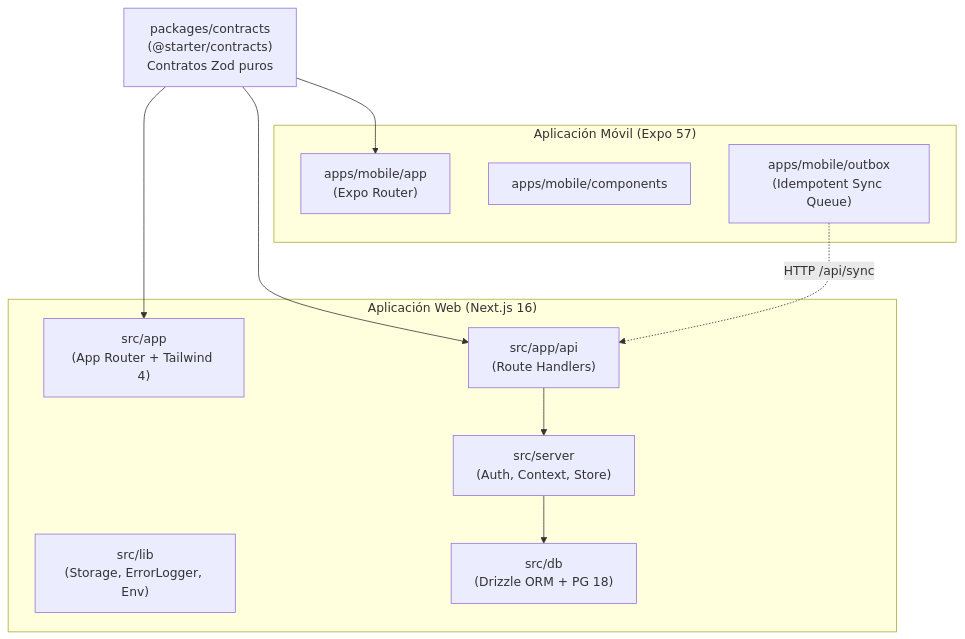
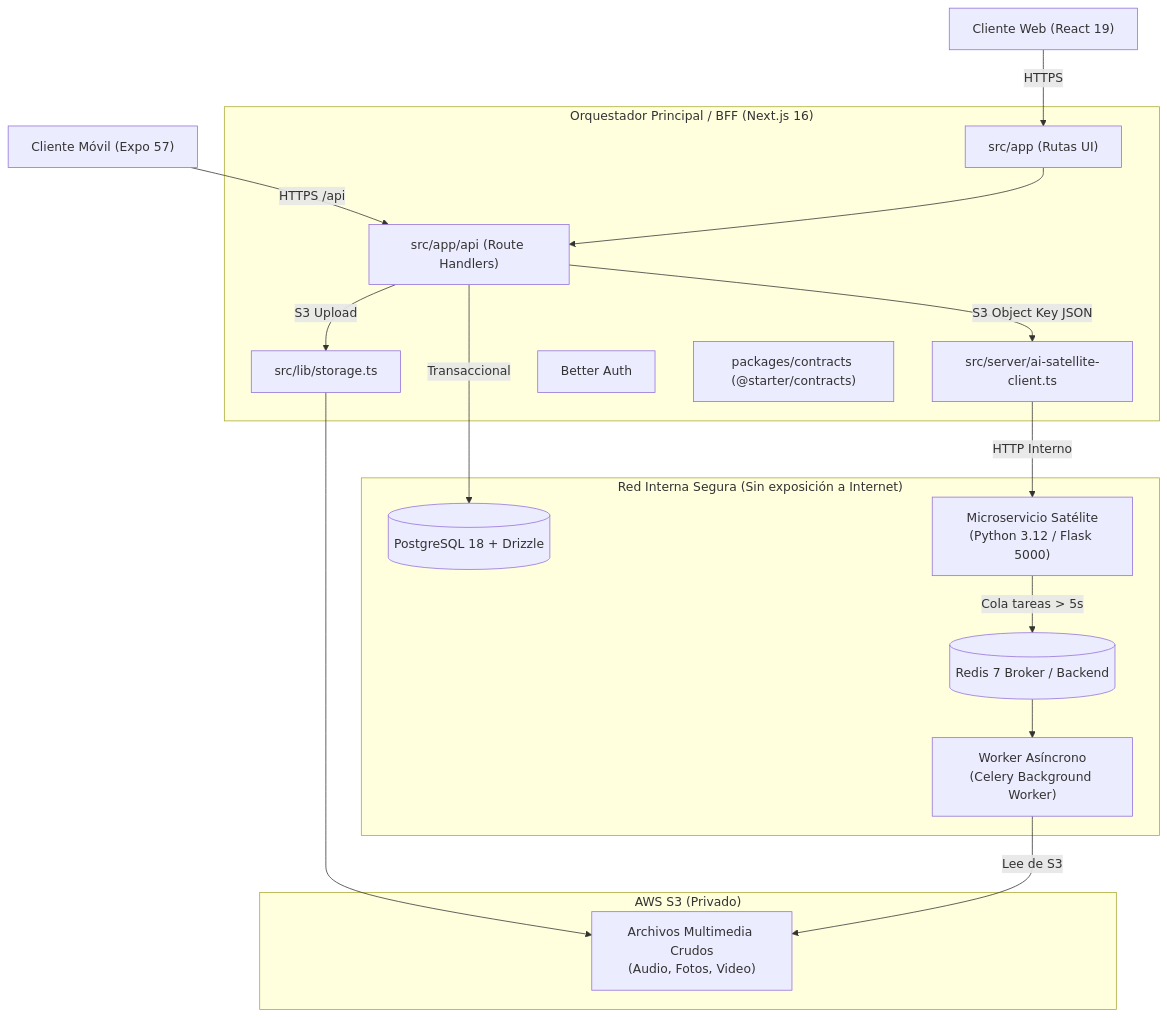
The diagram in ARCHITECTURE.md (miguelms/GoldenStarterCodex), drawn with Mermaid before and after one commit. The commit also changed other lines of this file and 11 other files, not shown here.

Commit message:
feat(bff): integrate Backend for Frontend pattern with Python/Flask AI satellite, Celery and Redis

````diff
--- a/ARCHITECTURE.md
+++ b/ARCHITECTURE.md
@@ -7,25 +9,37 @@
 ```mermaid
 graph TD
-    Contracts["packages/contracts\n(@starter/contracts)\nContratos Zod puros"]
+    ClientWeb["Cliente Web (React 19)"]
+    ClientMobile["Cliente Móvil (Expo 57)"]
     
-    subgraph Web ["Aplicación Web (Next.js 16)"]
-        UI["src/app\n(App Router + Tailwind 4)"]
-        API["src/app/api\n(Route Handlers)"]
-        ServerCore["src/server\n(Auth, Context, Store)"]
-        Lib["src/lib\n(Storage, ErrorLogger, Env)"]
-        DB["src/db\n(Drizzle ORM + PG 18)"]
-    end
-    
-    subgraph Mobile ["Aplicación Móvil (Expo 57)"]
-        Screens["apps/mobile/app\n(Expo Router)"]
-        Components["apps/mobile/components"]
-        Outbox["apps/mobile/outbox\n(Idempotent Sync Queue)"]
+    subgraph S3Bucket ["AWS S3 (Privado)"]
+        RawMedia["Archivos Multimedia Crudos\n(Audio, Fotos, Video)"]
     end
 
-    Contracts --> API
-    Contracts --> Screens
-    Contracts --> UI
-    API --> ServerCore
-    ServerCore --> DB
-    Outbox -.->|HTTP /api/sync| API
+    subgraph Orchestrator ["Orquestador Principal / BFF (Next.js 16)"]
+        UI["src/app (Rutas UI)"]
+        API["src/app/api (Route Handlers)"]
+        BFFClient["src/server/ai-satellite-client.ts"]
+        Storage["src/lib/storage.ts"]
+        Auth["Better Auth"]
+        Contracts["packages/contracts (@starter/contracts)"]
+    end
+
+    subgraph InternalNetwork ["Red Interna Segura (Sin exposición a Internet)"]
+        DB[(PostgreSQL 18 + Drizzle)]
+        Redis[(Redis 7 Broker / Backend)]
+        FlaskAPI["Microservicio Satélite\n(Python 3.12 / Flask 5000)"]
+        CeleryWorker["Worker Asíncrono\n(Celery Background Worker)"]
+    end
+
+    ClientWeb -->|HTTPS| UI
+    ClientMobile -->|HTTPS /api| API
+    UI --> API
+    API -->|S3 Upload| Storage
+    Storage --> RawMedia
+    API -->|Transaccional| DB
+    API -->|S3 Object Key JSON| BFFClient
+    BFFClient -->|HTTP Interno| FlaskAPI
+    FlaskAPI -->|Cola tareas > 5s| Redis
+    Redis --> CeleryWorker
+    CeleryWorker -->|Lee de S3| RawMedia
 ```
````
